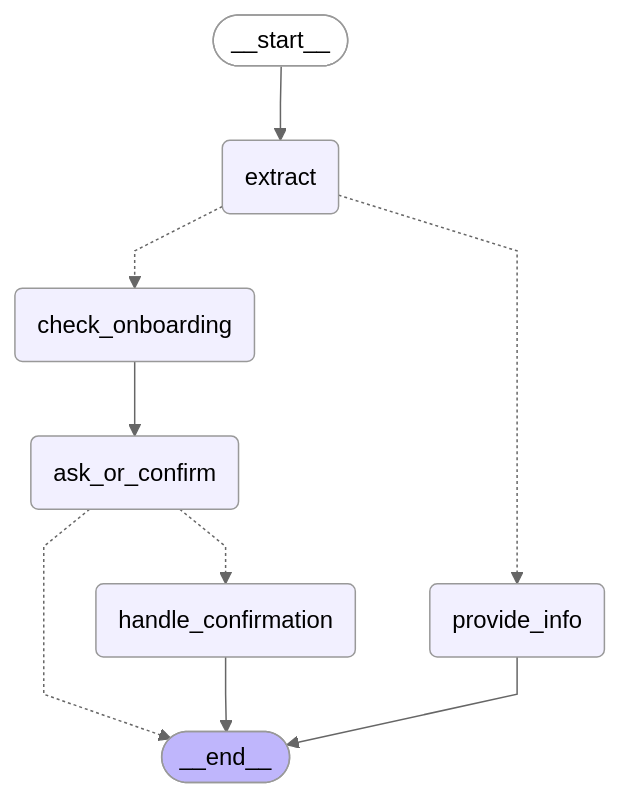
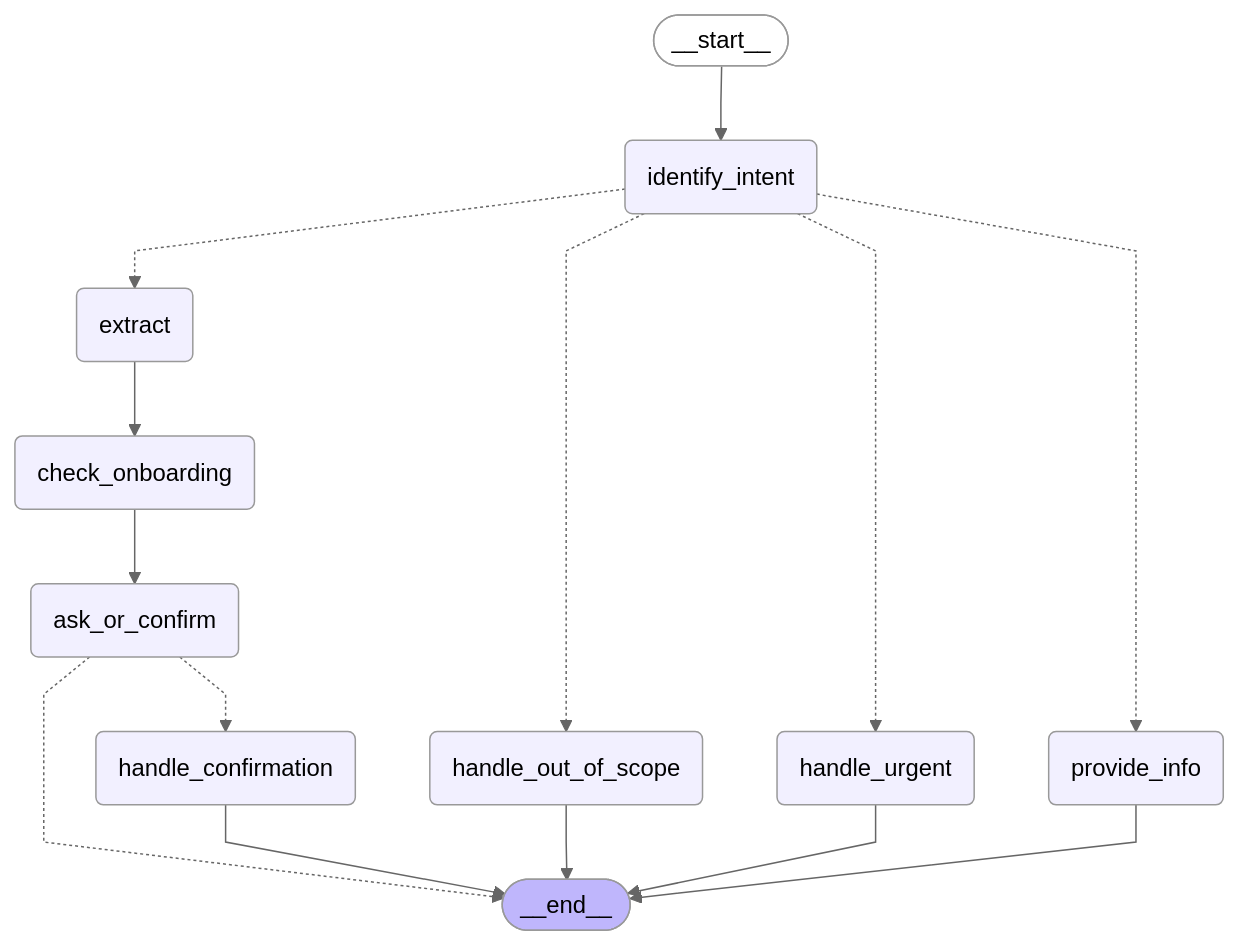
The diagram in langgraph_diagram.mmd (djairofilho/medagenda-poc-agent), drawn with Mermaid (neutral theme) before and after one commit. The commit also changed 8 other files, not shown here.

```diff
--- a/langgraph_diagram.mmd
+++ b/langgraph_diagram.mmd
@@ -1,24 +1,32 @@
 ---
 config:
   flowchart:
     curve: linear
 ---
 graph TD;
 	__start__([<p>__start__</p>]):::first
 	extract(extract)
+	identify_intent(identify_intent)
+	provide_info(provide_info)
+	handle_urgent(handle_urgent)
+	handle_out_of_scope(handle_out_of_scope)
 	check_onboarding(check_onboarding)
-	provide_info(provide_info)
 	ask_or_confirm(ask_or_confirm)
 	handle_confirmation(handle_confirmation)
 	__end__([<p>__end__</p>]):::last
-	__start__ --> extract;
+	__start__ --> identify_intent;
 	ask_or_confirm -.-> __end__;
 	ask_or_confirm -.-> handle_confirmation;
 	check_onboarding --> ask_or_confirm;
-	extract -.-> check_onboarding;
-	extract -.-> provide_info;
+	extract --> check_onboarding;
+	identify_intent -.-> extract;
+	identify_intent -.-> handle_out_of_scope;
+	identify_intent -.-> handle_urgent;
+	identify_intent -.-> provide_info;
 	handle_confirmation --> __end__;
+	handle_out_of_scope --> __end__;
+	handle_urgent --> __end__;
 	provide_info --> __end__;
 	classDef default fill:#f2f0ff,line-height:1.2
 	classDef first fill-opacity:0
 	classDef last fill:#bfb6fc
```
